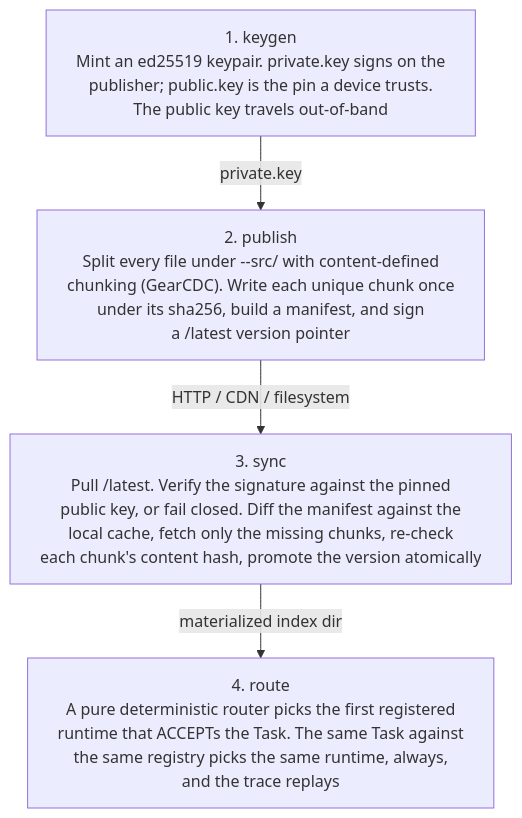
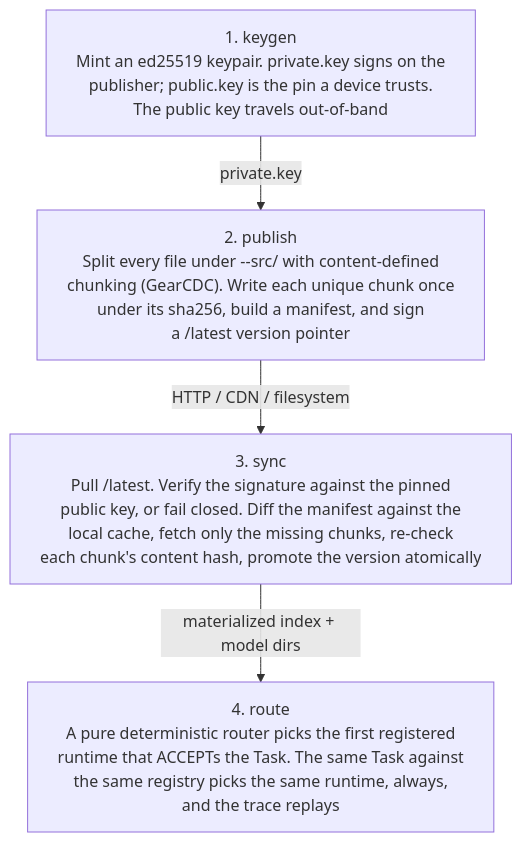
The second of 3 diagrams in docs/ARCHITECTURE.md (hseshadr/edge-proc), drawn with Mermaid before and after one commit. The commit also changed other lines of this file and 3 other files, not shown here.

````diff
--- a/docs/ARCHITECTURE.md
+++ b/docs/ARCHITECTURE.md
@@ -38,12 +40,12 @@
 ```mermaid
 %%{init: {"flowchart": {"wrappingWidth": 460}}}%%
 flowchart TD
     keygen["1. keygen<br/>Mint an ed25519 keypair. private.key signs on the<br/>publisher; public.key is the pin a device trusts.<br/>The public key travels out-of-band"]
     publish["2. publish<br/>Split every file under --src/ with content-defined<br/>chunking (GearCDC). Write each unique chunk once<br/>under its sha256, build a manifest, and sign<br/>a /latest version pointer"]
     sync["3. sync<br/>Pull /latest. Verify the signature against the pinned<br/>public key, or fail closed. Diff the manifest against the<br/>local cache, fetch only the missing chunks, re-check<br/>each chunk's content hash, promote the version atomically"]
     route["4. route<br/>A pure deterministic router picks the first registered<br/>runtime that ACCEPTs the Task. The same Task against<br/>the same registry picks the same runtime, always,<br/>and the trace replays"]
 
     keygen -->|"private.key"| publish
     publish -->|"HTTP / CDN / filesystem"| sync
-    sync -->|"materialized index dir"| route
+    sync -->|"materialized index + model dirs"| route
 ```
````
